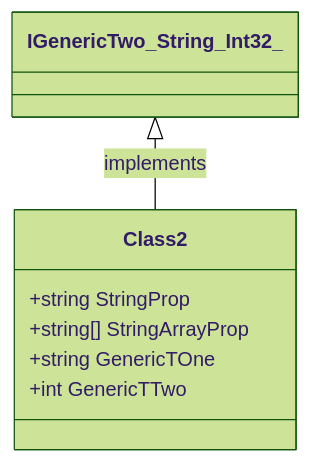
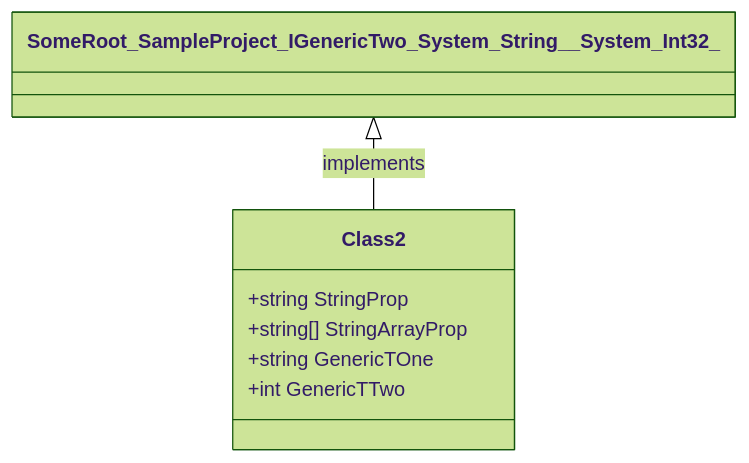
One commit to erichiller/gh-action-cs-metrics changed the second of 7 diagrams in test/SampleProject/CODE_METRICS.md. Above: the diagram before and after it, drawn with Mermaid (forest theme). The commit also changed other lines of this file, not shown here.

````diff
--- a/test/SampleProject/CODE_METRICS.md
+++ b/test/SampleProject/CODE_METRICS.md
@@ -217,14 +217,14 @@
 ```mermaid
 %%{init: {
     'fontFamily': 'monospace'
 } }%%
 classDiagram
-IGenericTwo_String_Int32_ <|-- SomeRoot_SampleProject_Class2 : implements
+SomeRoot_SampleProject_IGenericTwo_System_String__System_Int32_ <|-- SomeRoot_SampleProject_Class2 : implements
 class SomeRoot_SampleProject_Class2 ["Class2"] {
     +string StringProp
     +string[] StringArrayProp
     +string GenericTOne
     +int GenericTTwo
 }
 
 ```
````
